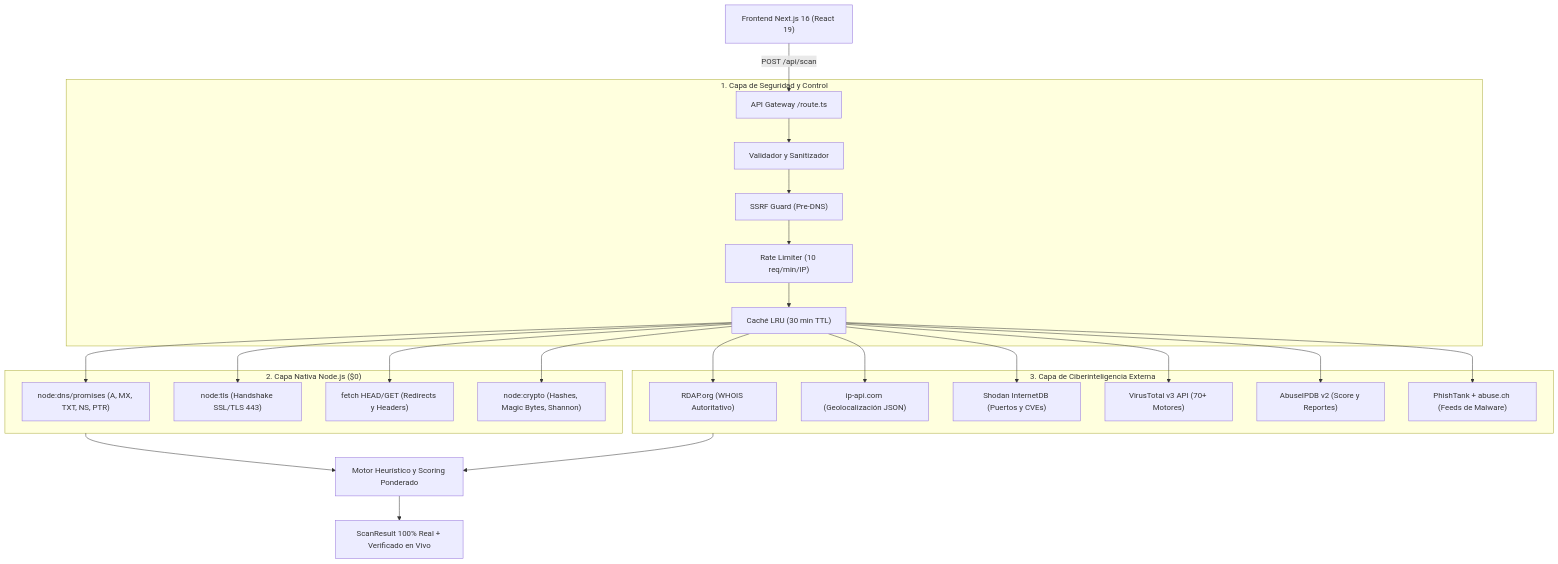
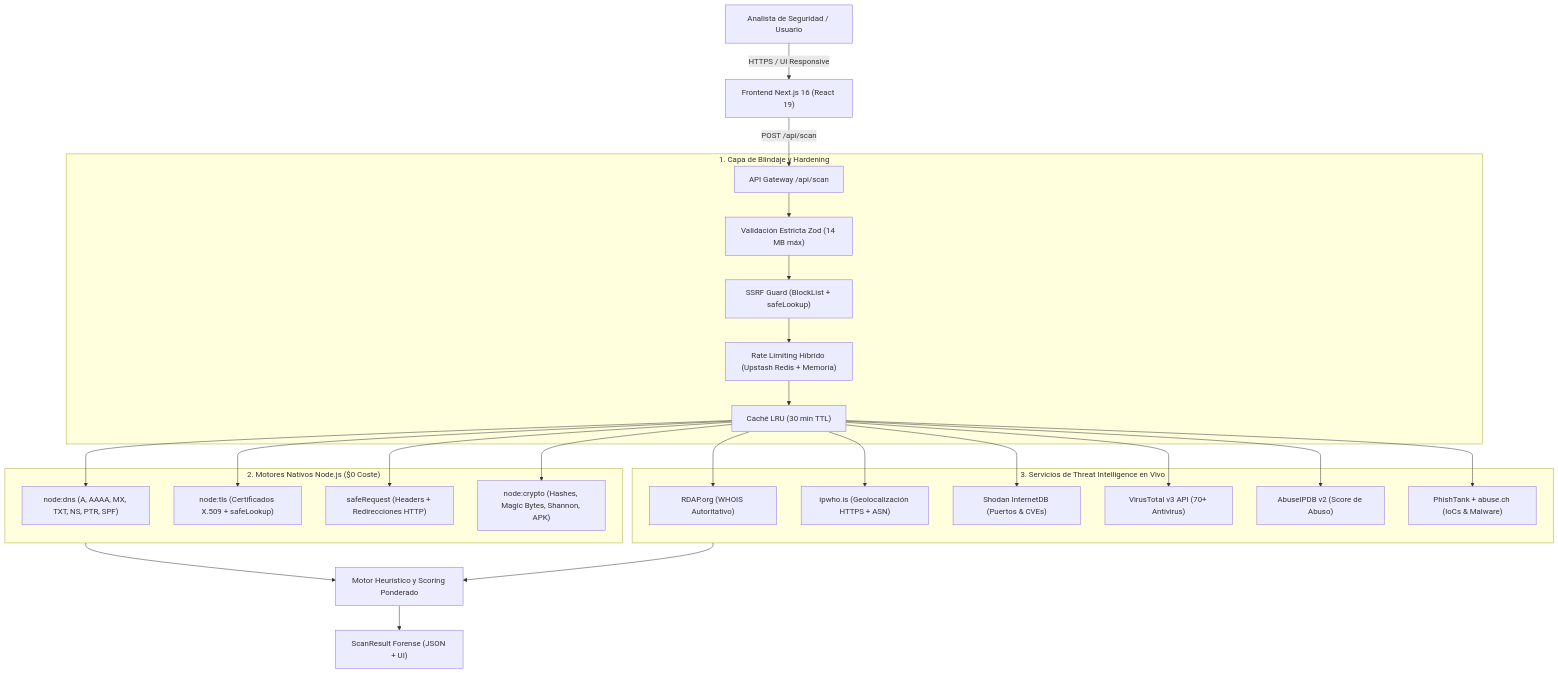
Before and after one commit to nuveneqra007-rgb/secscanner0.1: the diagram in README.md, drawn with Mermaid. The commit also changed other lines of this file, not shown here.

````diff
--- a/README.md
+++ b/README.md
@@ -43,31 +75,32 @@
 ```mermaid
 flowchart TD
-    Client["Frontend Next.js 16 (React 19)"] -->|POST /api/scan| Gateway["API Gateway /route.ts"]
-    
-    subgraph CapaSeguridad ["1. Capa de Seguridad y Control"]
-        Gateway --> Val["Validador y Sanitizador"]
-        Val --> SSRF["SSRF Guard (Pre-DNS)"]
-        SSRF --> RL["Rate Limiter (10 req/min/IP)"]
+    User["Analista de Seguridad / Usuario"] -->|HTTPS / UI Responsive| Web["Frontend Next.js 16 (React 19)"]
+    Web -->|POST /api/scan| API["API Gateway /api/scan"]
+
+    subgraph CapaSeguridad ["1. Capa de Blindaje y Hardening"]
+        API --> Zod["Validación Estricta Zod (14 MB máx)"]
+        Zod --> SSRF["SSRF Guard (BlockList + safeLookup)"]
+        SSRF --> RL["Rate Limiting Híbrido (Upstash Redis + Memoria)"]
         RL --> Cache["Caché LRU (30 min TTL)"]
     end
 
-    subgraph CapaNativa ["2. Capa Nativa Node.js ($0)"]
-        Cache --> DNS["node:dns/promises (A, MX, TXT, NS, PTR)"]
-        Cache --> TLS["node:tls (Handshake SSL/TLS 443)"]
-        Cache --> HTTP["fetch HEAD/GET (Redirects y Headers)"]
-        Cache --> Static["node:crypto (Hashes, Magic Bytes, Shannon)"]
+    subgraph MotoresNativos ["2. Motores Nativos Node.js ($0 Coste)"]
+        Cache --> DNS["node:dns (A, AAAA, MX, TXT, NS, PTR, SPF)"]
+        Cache --> TLS["node:tls (Certificados X.509 + safeLookup)"]
+        Cache --> HTTP["safeRequest (Headers + Redirecciones HTTP)"]
+        Cache --> Static["node:crypto (Hashes, Magic Bytes, Shannon, APK)"]
     end
 
-    subgraph CapaThreatIntel ["3. Capa de Ciberinteligencia Externa"]
+    subgraph ThreatIntel ["3. Servicios de Threat Intelligence en Vivo"]
         Cache --> RDAP["RDAP.org (WHOIS Autoritativo)"]
-        Cache --> GEO["ip-api.com (Geolocalización JSON)"]
-        Cache --> SHODAN["Shodan InternetDB (Puertos y CVEs)"]
-        Cache --> VT["VirusTotal v3 API (70+ Motores)"]
-        Cache --> ABUSE["AbuseIPDB v2 (Score y Reportes)"]
-        Cache --> PHISH["PhishTank + abuse.ch (Feeds de Malware)"]
+        Cache --> GEO["ipwho.is (Geolocalización HTTPS + ASN)"]
+        Cache --> SHODAN["Shodan InternetDB (Puertos & CVEs)"]
+        Cache --> VT["VirusTotal v3 API (70+ Antivirus)"]
+        Cache --> ABUSE["AbuseIPDB v2 (Score de Abuso)"]
+        Cache --> PHISH["PhishTank + abuse.ch (IoCs & Malware)"]
     end
 
-    CapaNativa --> Scoring["Motor Heurístico y Scoring Ponderado"]
-    CapaThreatIntel --> Scoring
-    Scoring --> Output["ScanResult 100% Real + Verificado en Vivo"]
+    MotoresNativos --> Scoring["Motor Heurístico y Scoring Ponderado"]
+    ThreatIntel --> Scoring
+    Scoring --> Reporte["ScanResult Forense (JSON + UI)"]
 ```
````
